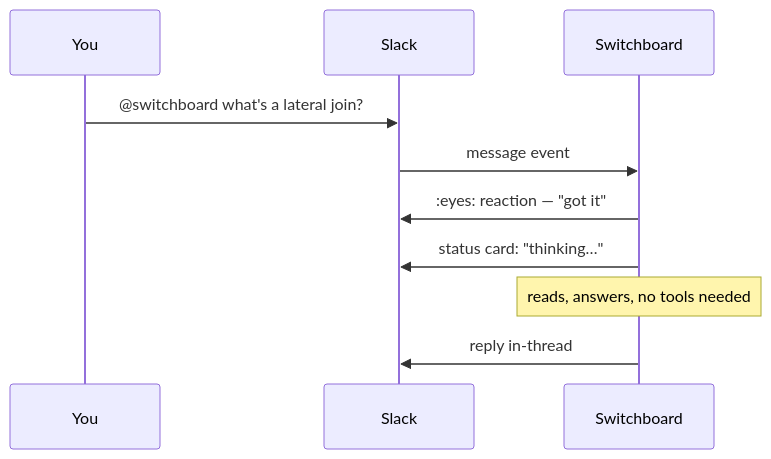
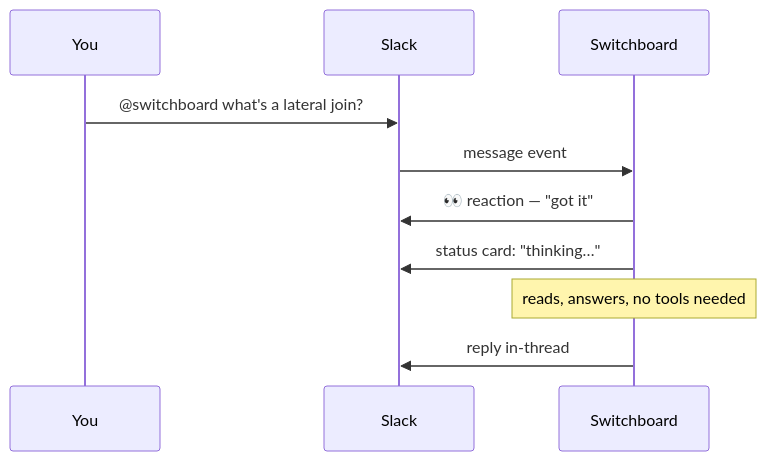
One commit to coreplanelabs/switchboard changed the diagram in docs/tutorials/first-request-in-slack.md. Above: the diagram before and after it, drawn with Mermaid. The commit also changed other lines of this file and 41 other files, not shown here.

````diff
--- a/docs/tutorials/first-request-in-slack.md
+++ b/docs/tutorials/first-request-in-slack.md
@@ -15,13 +15,13 @@
 ```mermaid
 sequenceDiagram
     participant You
     participant Slack
     participant Switchboard
 
     You->>Slack: @switchboard what's a lateral join?
     Slack->>Switchboard: message event
-    Switchboard->>Slack: :eyes: reaction — "got it"
+    Switchboard->>Slack: 👀 reaction — "got it"
     Switchboard->>Slack: status card: "thinking…"
     Note over Switchboard: reads, answers, no tools needed
     Switchboard->>Slack: reply in-thread
 ```
````
